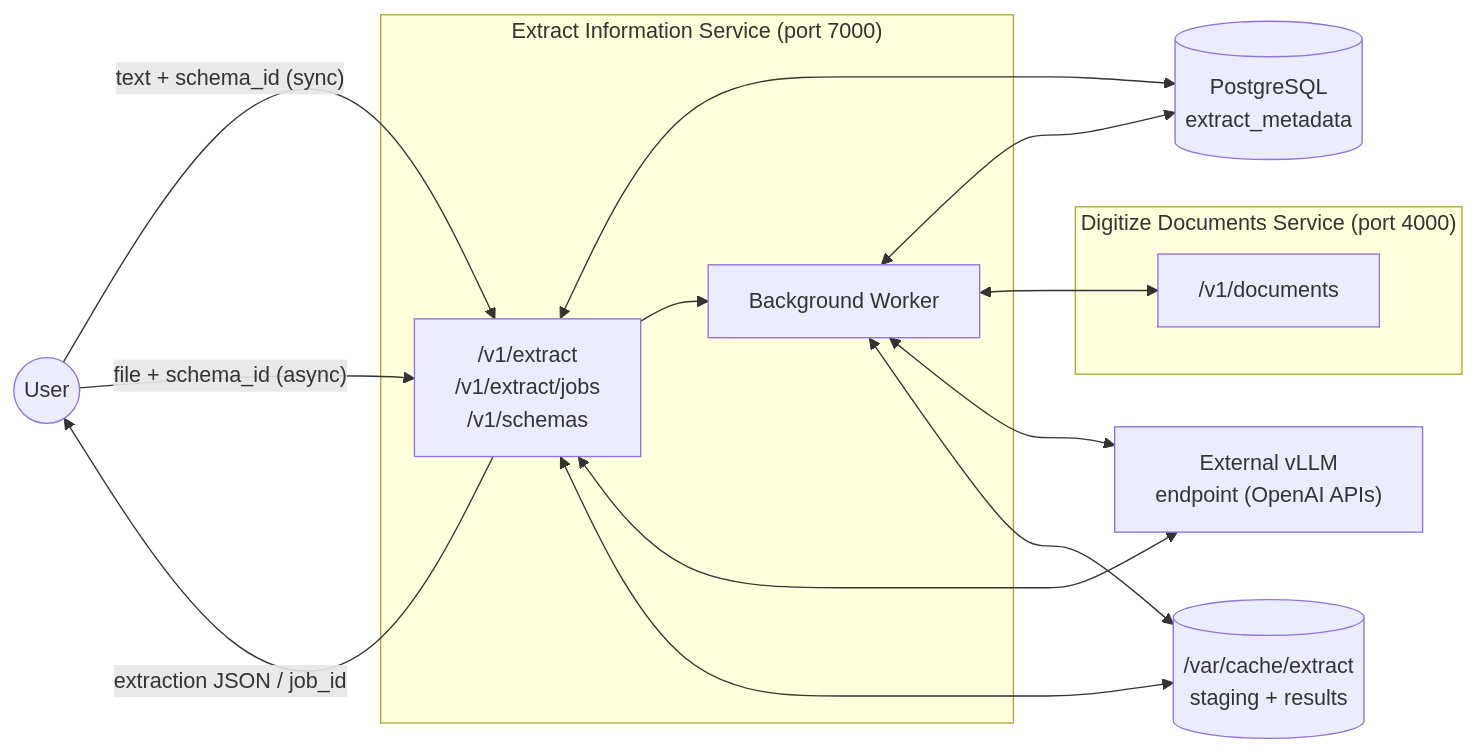
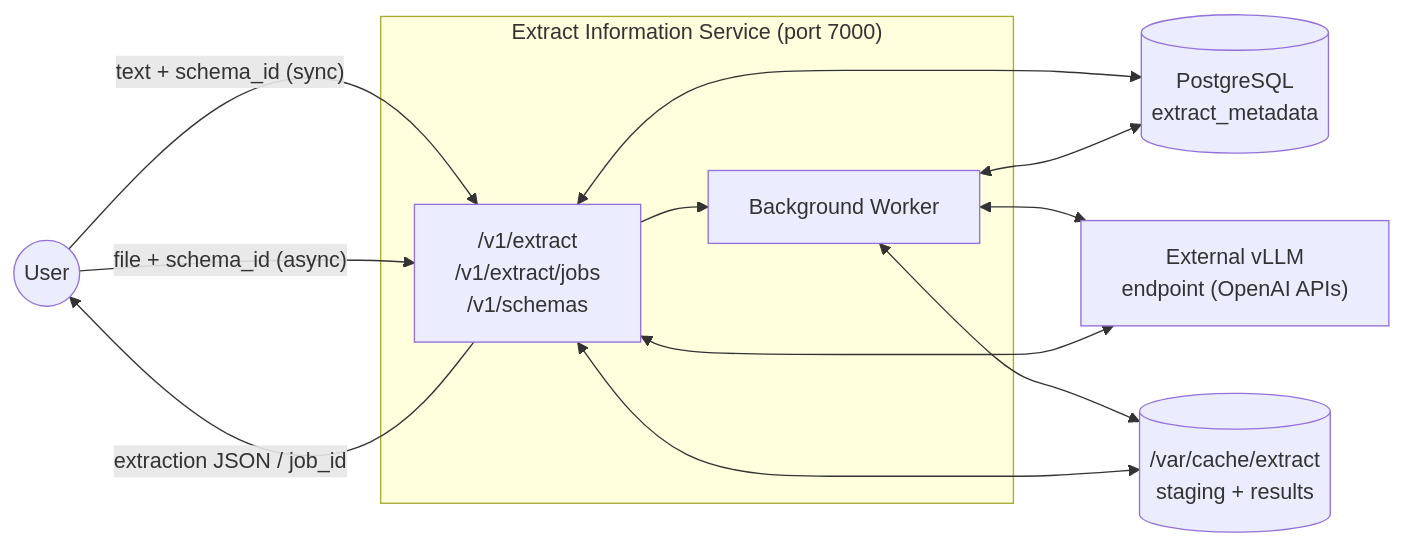
One commit to IBM/project-ai-services changed the first of 2 diagrams in docs/proposals/entity_extraction_service_proposal.md. Above: the diagram before and after it, drawn with Mermaid. The commit also changed other lines of this file, not shown here.

Commit message:
removed mention of digitize from extract proposal made json schema optional in post /schema

````diff
--- a/docs/proposals/entity_extraction_service_proposal.md
+++ b/docs/proposals/entity_extraction_service_proposal.md
@@ -55,29 +55,24 @@
 ```mermaid
 graph LR
     U((User))
 
     subgraph P1 ["Extract Information Service (port 7000)"]
         API["/v1/extract<br/>/v1/extract/jobs<br/>/v1/schemas"]
         W["Background Worker"]
-    end
-
-    subgraph P2 ["Digitize Documents Service (port 4000)"]
-        DIG["/v1/documents"]
     end
 
     PG[("PostgreSQL<br/>extract_metadata")]
     FS[("/var/cache/extract<br/>staging + results")]
     VLLM["External vLLM<br/>endpoint (OpenAI APIs)"]
 
     U -->|"text + schema_id (sync)"| API
     U -->|"file + schema_id (async)"| API
     API -->|"extraction JSON / job_id"| U
     API <--> PG
     API --> W
     W <--> PG
-    W <--> DIG
     W <--> VLLM
     API <--> VLLM
     W <--> FS
     API <--> FS
 ```
````
